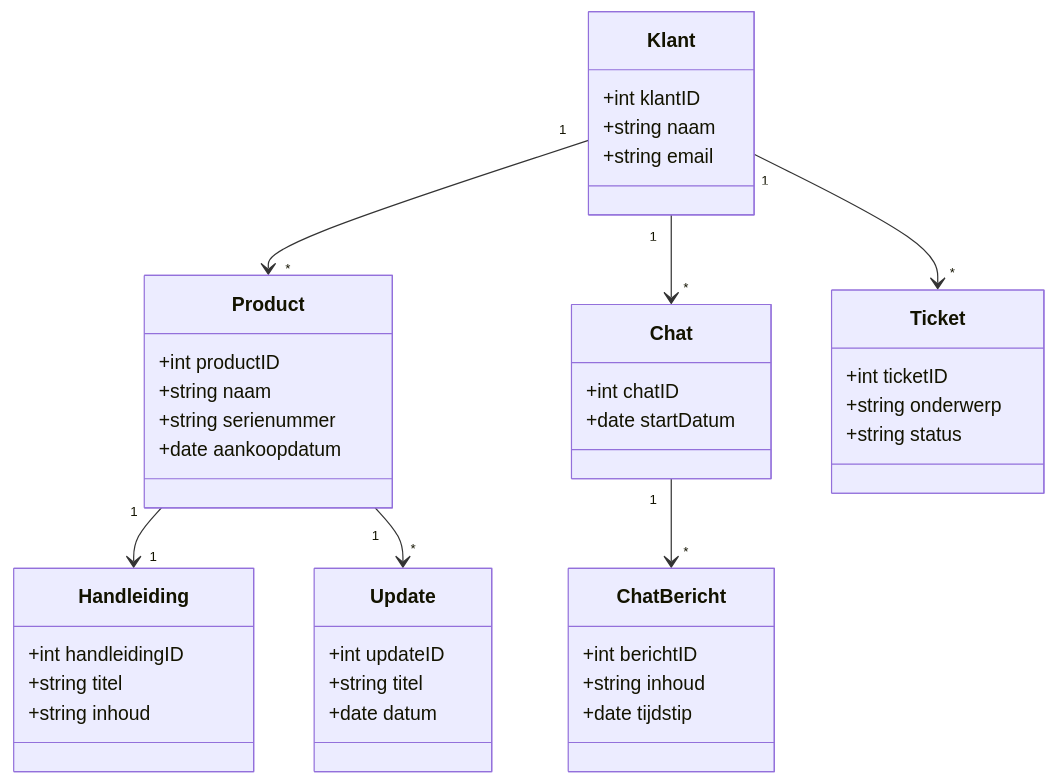
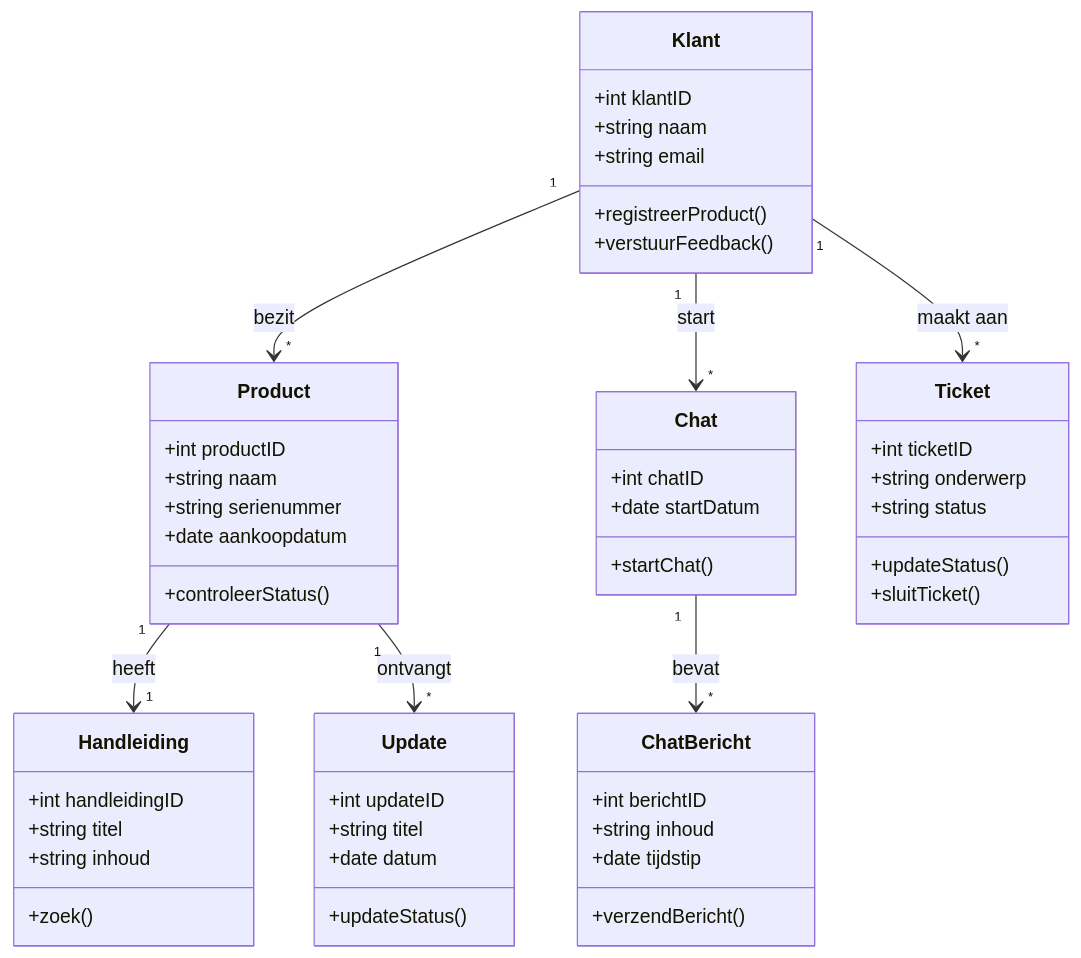
The second of 2 diagrams in 06-domeinmodel.md (keiborgh/BimBonBon---Requirements-Specificatie), drawn with Mermaid before and after one commit.

````diff
--- a/06-domeinmodel.md
+++ b/06-domeinmodel.md
@@ -42,45 +41,55 @@
 ```mermaid
 classDiagram
     class Klant {
         +int klantID
         +string naam
         +string email
+        +registreerProduct()
+        +verstuurFeedback()
     }
     class Product {
         +int productID
         +string naam
         +string serienummer
         +date aankoopdatum
+        +controleerStatus()
     }
     class Handleiding {
         +int handleidingID
         +string titel
         +string inhoud
+        +zoek()
     }
     class Update {
         +int updateID
         +string titel
         +date datum
+        +updateStatus()
     }
     class Chat {
         +int chatID
         +date startDatum
+        +startChat()
     }
     class ChatBericht {
         +int berichtID
         +string inhoud
         +date tijdstip
+        +verzendBericht()
     }
     class Ticket {
         +int ticketID
         +string onderwerp
         +string status
+        +updateStatus()
+        +sluitTicket()
     }
 
-    Klant "1" --> "*" Product
-    Product "1" --> "1" Handleiding
-    Product "1" --> "*" Update
-    Klant "1" --> "*" Chat
-    Chat "1" --> "*" ChatBericht
-    Klant "1" --> "*" Ticket
+    Klant "1" --> "*" Product : bezit
+    Product "1" --> "1" Handleiding : heeft
+    Product "1" --> "*" Update : ontvangt
+    Klant "1" --> "*" Chat : start
+    Chat "1" --> "*" ChatBericht : bevat
+    Klant "1" --> "*" Ticket : maakt aan
+
 ```
````
